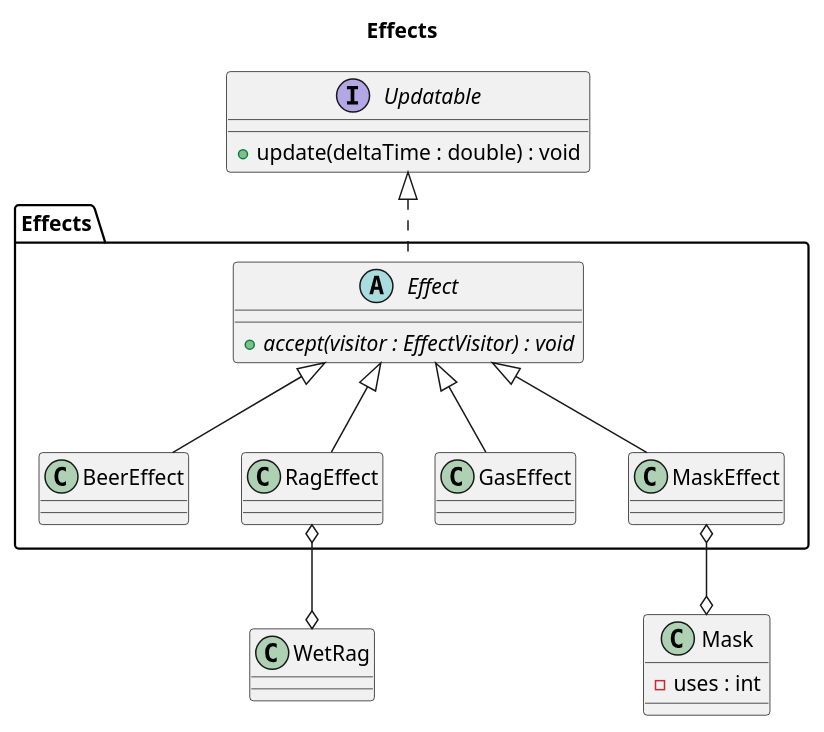
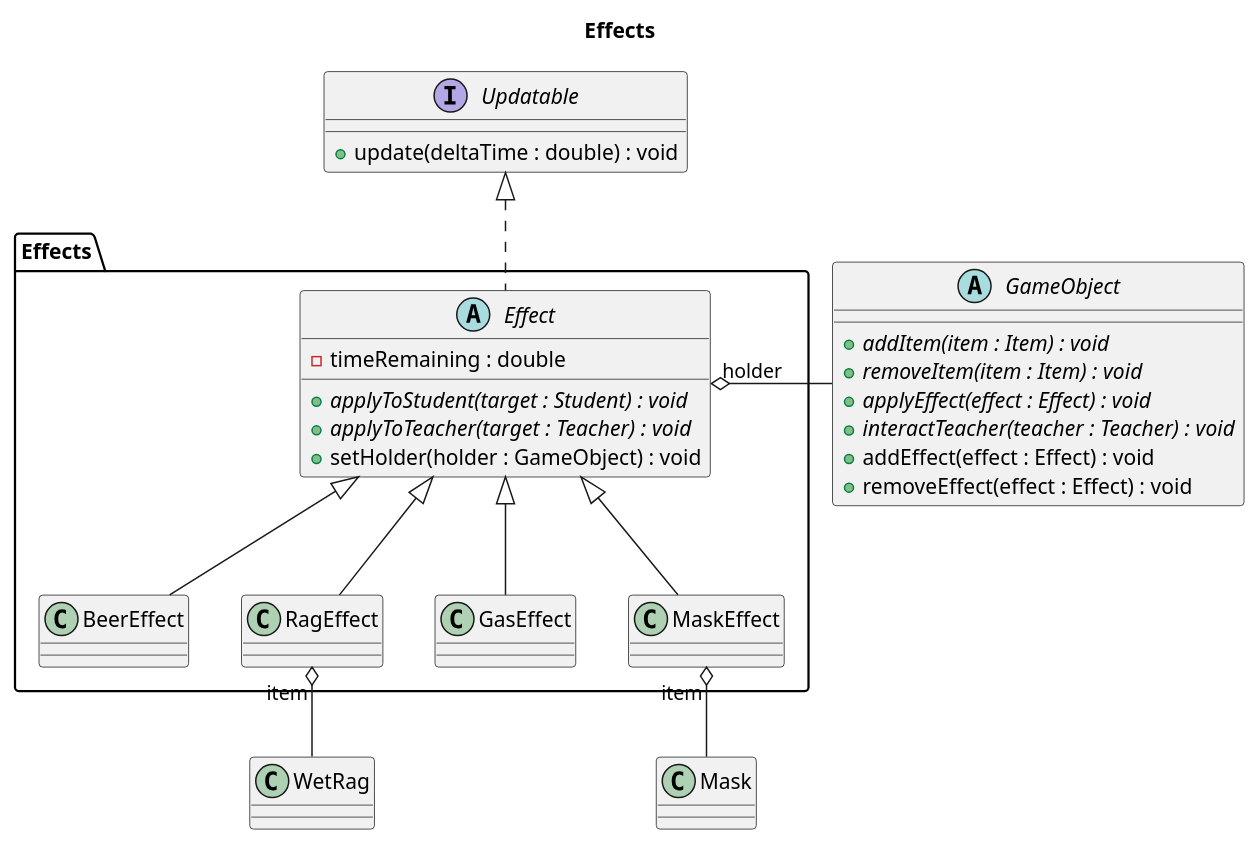
The diagram in docs/diagrams/class/effects.puml (sn4k3ch4rm3r/logarlec), drawn with PlantUML before and after one commit. The commit also changed 2 other files, not shown here.

Commit message:
Split class diagram

```diff
--- a/docs/diagrams/class/effects.puml
+++ b/docs/diagrams/class/effects.puml
@@ -1,34 +1,50 @@
 @startuml effects
 
 title Effects
 ' left to right direction
 
 package Effects {
 	abstract Effect {
-		{abstract} + accept(visitor : EffectVisitor) : void
+		- timeRemaining : double
+		+ {abstract} applyToStudent(target : Student) : void
+		+ {abstract} applyToTeacher(target : Teacher) : void
+		+ setHolder(holder : GameObject) : void
 	}
 
 	class BeerEffect
 	class RagEffect
 	class GasEffect
 	class MaskEffect
 
-	Effect <|-- BeerEffect
-	Effect <|-- RagEffect
-	Effect <|-- GasEffect
-	Effect <|-- MaskEffect
+	together {
+		Effect <|-- BeerEffect
+		Effect <|-- RagEffect
+		Effect <|-- GasEffect
+		Effect <|-- MaskEffect
+	}
+	
 }
 
 interface Updatable {
 	+ update(deltaTime : double) : void
 }
 
-class Mask {
-	- uses : int
+abstract GameObject {
+	+ {abstract} addItem(item : Item) : void
+	+ {abstract} removeItem(item : Item) : void
+	+ {abstract} applyEffect(effect : Effect) : void
+	+ {abstract} interactTeacher(teacher : Teacher) : void
+	+ addEffect(effect : Effect) : void
+	+ removeEffect(effect : Effect) : void
 }
+
+class Mask
+class WetRag 
+
 Updatable <|.- Effect
 
-RagEffect o--o WetRag
-MaskEffect o--o Mask
+Effect "holder" o- GameObject
+MaskEffect "item" o-- Mask
+RagEffect "item" o-- WetRag
 
 @enduml
```
